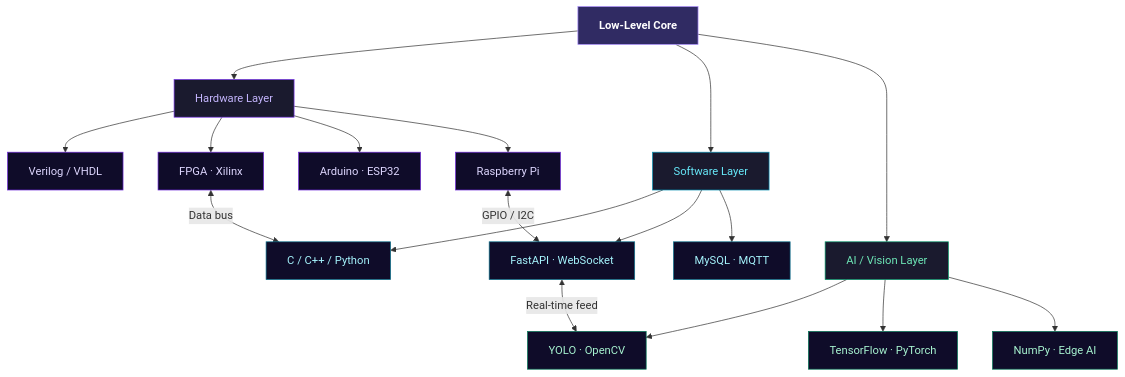
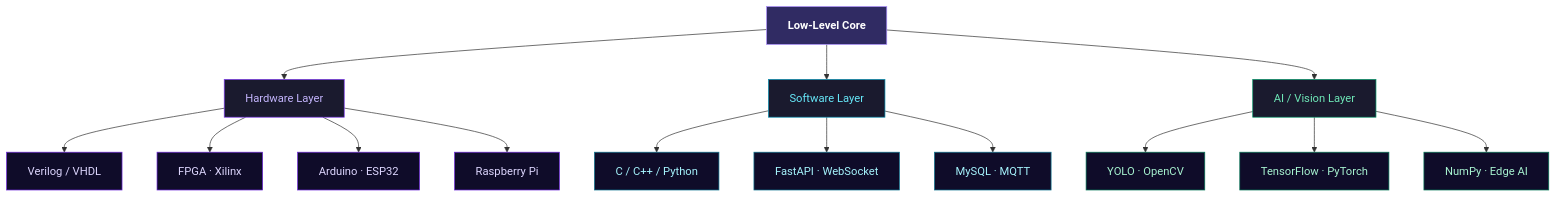
One commit to muaz-ahmd/muaz-ahmd changed the diagram in README.md. Above: the diagram before and after it, drawn with Mermaid.

Commit message:
Remove unused connections in diagram
Removed unused connections from the diagram.

````diff
--- a/README.md
+++ b/README.md
@@ -174,38 +174,34 @@
 ```mermaid
 graph TD
     A["Low-Level Core"] --> B["Hardware Layer"]
     A --> C["Software Layer"]
     A --> D["AI / Vision Layer"]
 
     B --> B1["Verilog / VHDL"]
     B --> B2["FPGA · Xilinx"]
     B --> B3["Arduino · ESP32"]
     B --> B4["Raspberry Pi"]
 
     C --> C1["C / C++ / Python"]
     C --> C2["FastAPI · WebSocket"]
     C --> C3["MySQL · MQTT"]
 
     D --> D1["YOLO · OpenCV"]
     D --> D2["TensorFlow · PyTorch"]
     D --> D3["NumPy · Edge AI"]
 
-    B2 <-->|"Data bus"| C1
-    C2 <-->|"Real-time feed"| D1
-    B4 <-->|"GPIO / I2C"| C2
-
     style A fill:#302b63,stroke:#a78bfa,color:#ffffff,font-weight:bold
     style B fill:#1a1a2e,stroke:#7c3aed,color:#c4b5fd
     style C fill:#1a1a2e,stroke:#0891b2,color:#67e8f9
     style D fill:#1a1a2e,stroke:#059669,color:#6ee7b7
     style B1 fill:#0f0c29,stroke:#6d28d9,color:#ddd6fe
     style B2 fill:#0f0c29,stroke:#6d28d9,color:#ddd6fe
     style B3 fill:#0f0c29,stroke:#6d28d9,color:#ddd6fe
     style B4 fill:#0f0c29,stroke:#6d28d9,color:#ddd6fe
     style C1 fill:#0f0c29,stroke:#0e7490,color:#a5f3fc
     style C2 fill:#0f0c29,stroke:#0e7490,color:#a5f3fc
     style C3 fill:#0f0c29,stroke:#0e7490,color:#a5f3fc
     style D1 fill:#0f0c29,stroke:#047857,color:#a7f3d0
     style D2 fill:#0f0c29,stroke:#047857,color:#a7f3d0
     style D3 fill:#0f0c29,stroke:#047857,color:#a7f3d0
 ```
````
